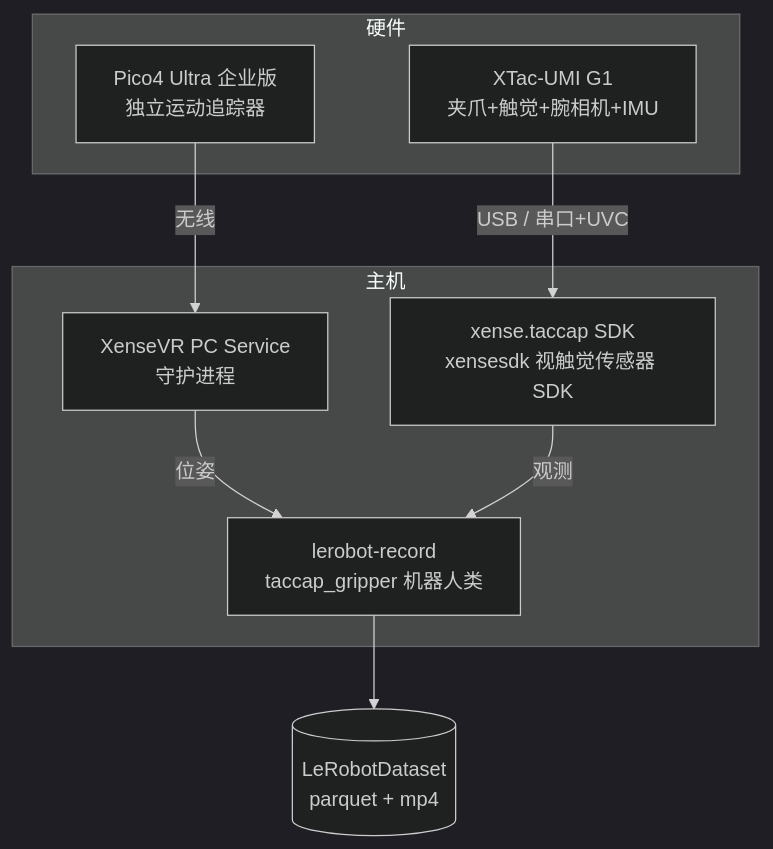
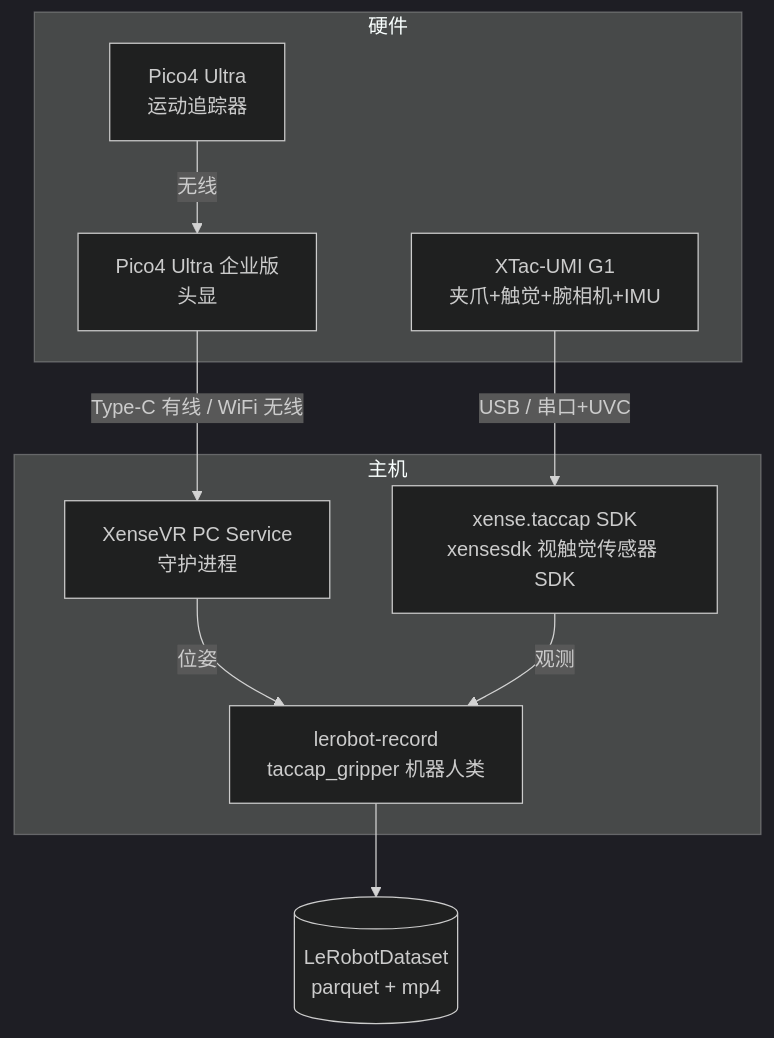
Before and after one commit to Vertax42/taccap-gripper-docs: the first of 2 diagrams in docs/01-overview.md, drawn with Mermaid (dark theme). The commit also changed other lines of this file, not shown here.

Commit message:
docs(overview): correct acquisition architecture

````diff
--- a/docs/01-overview.md
+++ b/docs/01-overview.md
@@ -31,17 +31,19 @@
 ```mermaid
 flowchart TB
     subgraph 硬件
       G[XTac-UMI G1<br/>夹爪+触觉+腕相机+IMU]
-      P[Pico4 Ultra 企业版<br/>独立运动追踪器]
+      T[Pico4 Ultra<br/>运动追踪器]
+      H[Pico4 Ultra 企业版<br/>头显]
     end
     subgraph 主机
       PS[XenseVR PC Service<br/>守护进程]
       SDK[xense.taccap SDK<br/>xensesdk 视触觉传感器 SDK]
       LR[lerobot-record<br/>taccap_gripper 机器人类]
     end
     G -- USB / 串口+UVC --> SDK
-    P -- 无线 --> PS
+    T -- 无线 --> H
+    H -- Type-C 有线 / WiFi 无线 --> PS
     PS -- 位姿 --> LR
     SDK -- 观测 --> LR
     LR --> DS[(LeRobotDataset<br/>parquet + mp4)]
 ```
````
